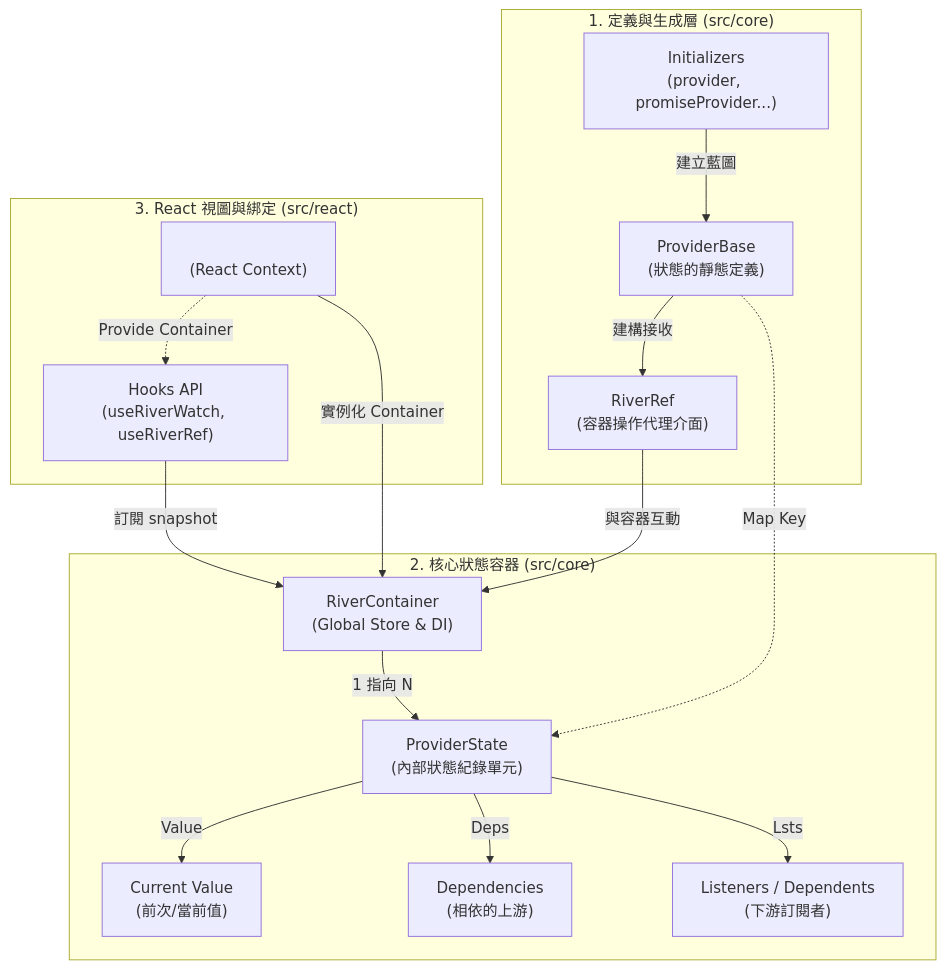
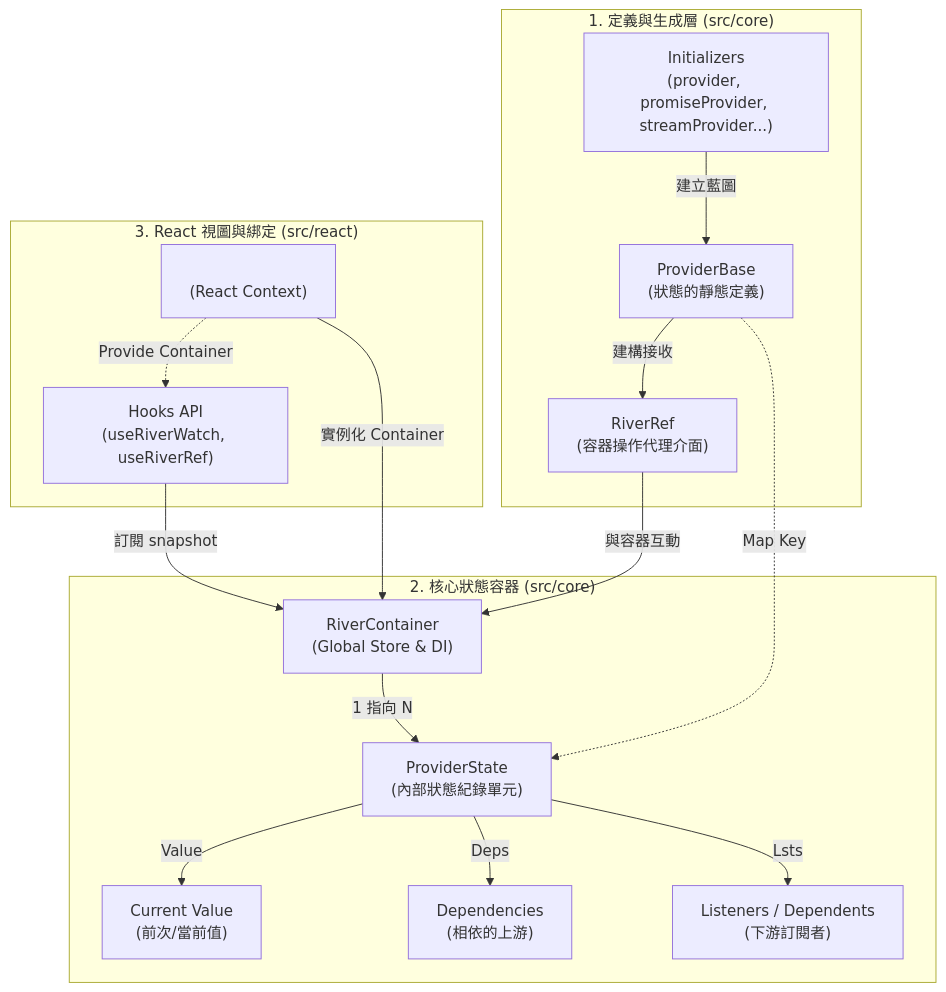
One commit to strongball/react-river changed the first of 3 diagrams in ARCHITECTURE.md. Above: the diagram before and after it, drawn with Mermaid. The commit also changed other lines of this file and 16 other files, not shown here.

Commit message:
feat: add StreamProvider for consuming synchronous and asynchronous iterables

````diff
--- a/ARCHITECTURE.md
+++ b/ARCHITECTURE.md
@@ -11,44 +11,44 @@
 ```mermaid
 graph TD
     %% =======================
     %% React Layer
     %% =======================
     subgraph ReactBindings ["3. React 視圖與綁定 (src/react)"]
         Scope["<RiverScope><br/>(React Context)"]
         Hooks["Hooks API<br/>(useRiverWatch, useRiverRef)"]
         Scope -.->|Provide Container| Hooks
     end
 
     %% =======================
     %% Container Layer
     %% =======================
     subgraph CoreContainer ["2. 核心狀態容器 (src/core)"]
         RC["RiverContainer<br/>(Global Store & DI)"]
         PS["ProviderState<br/>(內部狀態紀錄單元)"]
         RC -->|1 指向 N| PS
         
         PS -->|Value| Value["Current Value<br/>(前次/當前值)"]
         PS -->|Deps| Deps["Dependencies<br/>(相依的上游)"]
         PS -->|Lsts| Lsts["Listeners / Dependents<br/>(下游訂閱者)"]
     end
 
     %% =======================
     %% Definition Layer
     %% =======================
     subgraph DefLayer ["1. 定義與生成層 (src/core)"]
         PB["ProviderBase<br/>(狀態的靜態定義)"]
         Ref["RiverRef<br/>(容器操作代理介面)"]
-        Initializers["Initializers<br/>(provider, promiseProvider...)"]
+        Initializers["Initializers<br/>(provider, promiseProvider, streamProvider...)"]
         
         Initializers -->|建立藍圖| PB
     end
 
     %% =======================
     %% Connection Lines
     %% =======================
     Hooks -->|訂閱 snapshot| RC
     Scope -->|實例化 Container| RC
     PB -.->|Map Key| PS
     PB -->|建構接收| Ref
     Ref -->|與容器互動| RC
 ```
````
